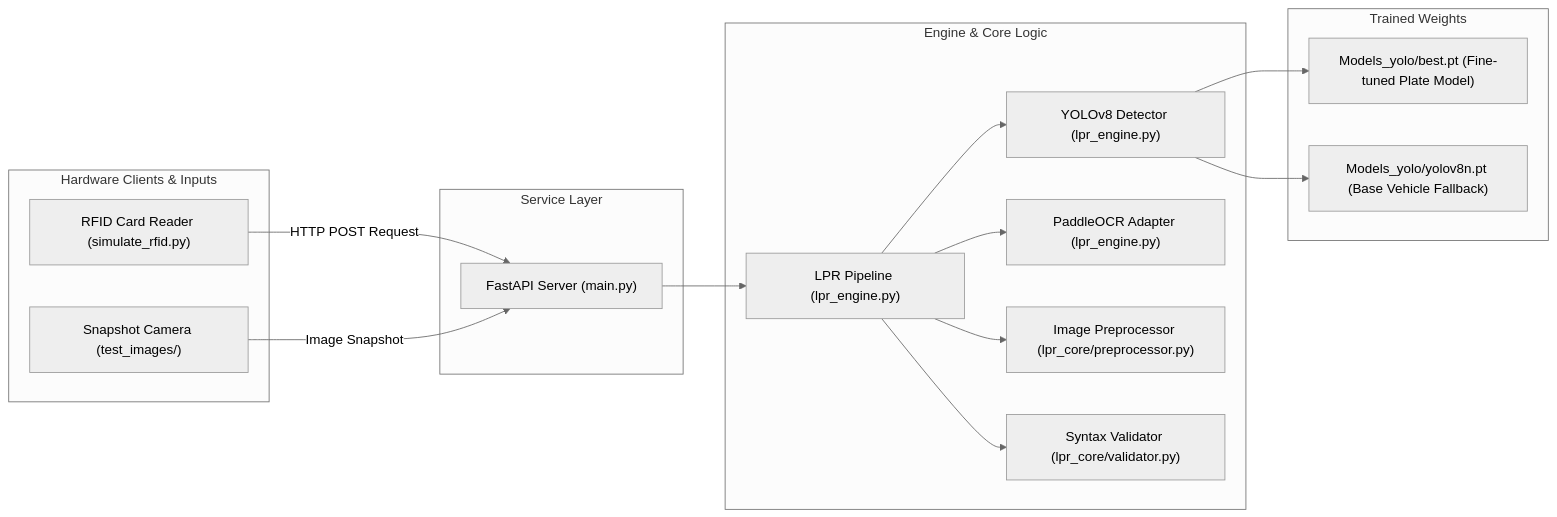
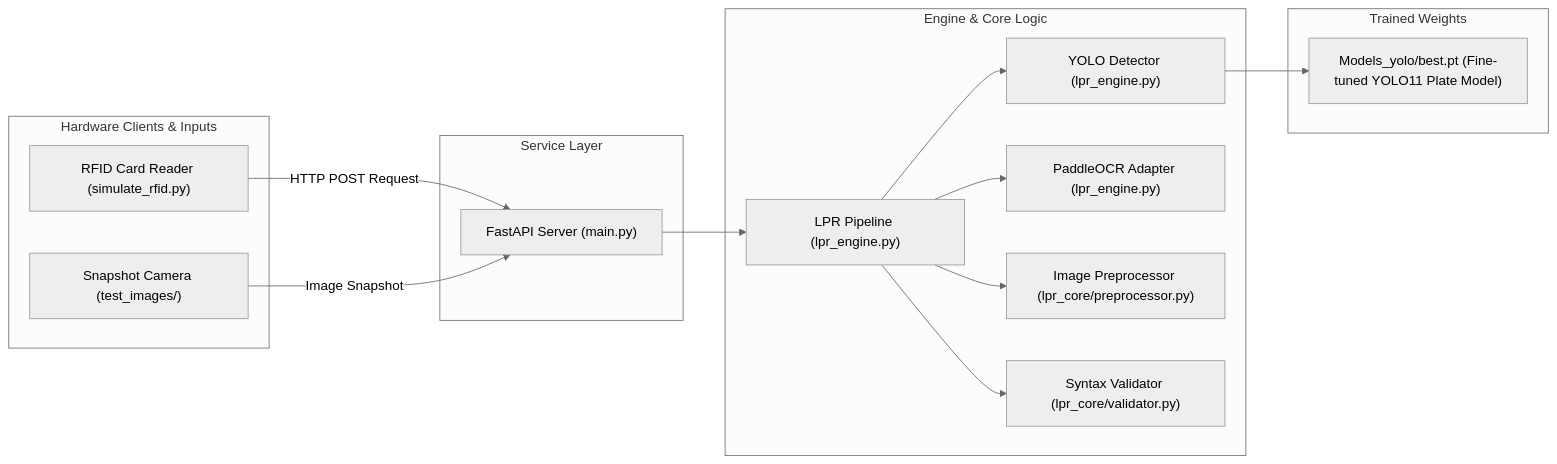
Before and after one commit to angweij1431/EIU_Licenseplatedetector: the second of 2 diagrams in README.md, drawn with Mermaid (neutral theme). The commit also changed other lines of this file and 20 other files, not shown here.

````diff
--- a/README.md
+++ b/README.md
@@ -45,34 +48,32 @@
 ```mermaid
 graph LR
     subgraph Input_Layer["Hardware Clients & Inputs"]
         RFID["RFID Card Reader (simulate_rfid.py)"]
         CAM["Snapshot Camera (test_images/)"]
     end
 
     subgraph Service_Layer["Service Layer"]
         MAIN["FastAPI Server (main.py)"]
     end
 
     subgraph Engine_Layer["Engine & Core Logic"]
         ENG["LPR Pipeline (lpr_engine.py)"]
-        DET["YOLOv8 Detector (lpr_engine.py)"]
+        DET["YOLO Detector (lpr_engine.py)"]
         OCR["PaddleOCR Adapter (lpr_engine.py)"]
         PREP["Image Preprocessor (lpr_core/preprocessor.py)"]
         VAL["Syntax Validator (lpr_core/validator.py)"]
     end
 
     subgraph Model_Weights["Trained Weights"]
-        M1["Models_yolo/best.pt (Fine-tuned Plate Model)"]
-        M2["Models_yolo/yolov8n.pt (Base Vehicle Fallback)"]
+        M1["Models_yolo/best.pt (Fine-tuned YOLO11 Plate Model)"]
     end
 
     RFID -->|HTTP POST Request| MAIN
     CAM -->|Image Snapshot| MAIN
     MAIN --> ENG
     ENG --> DET
     ENG --> OCR
     ENG --> PREP
     ENG --> VAL
     DET --> M1
-    DET --> M2
 ```
````
